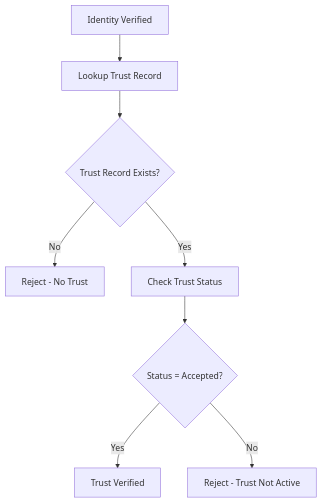
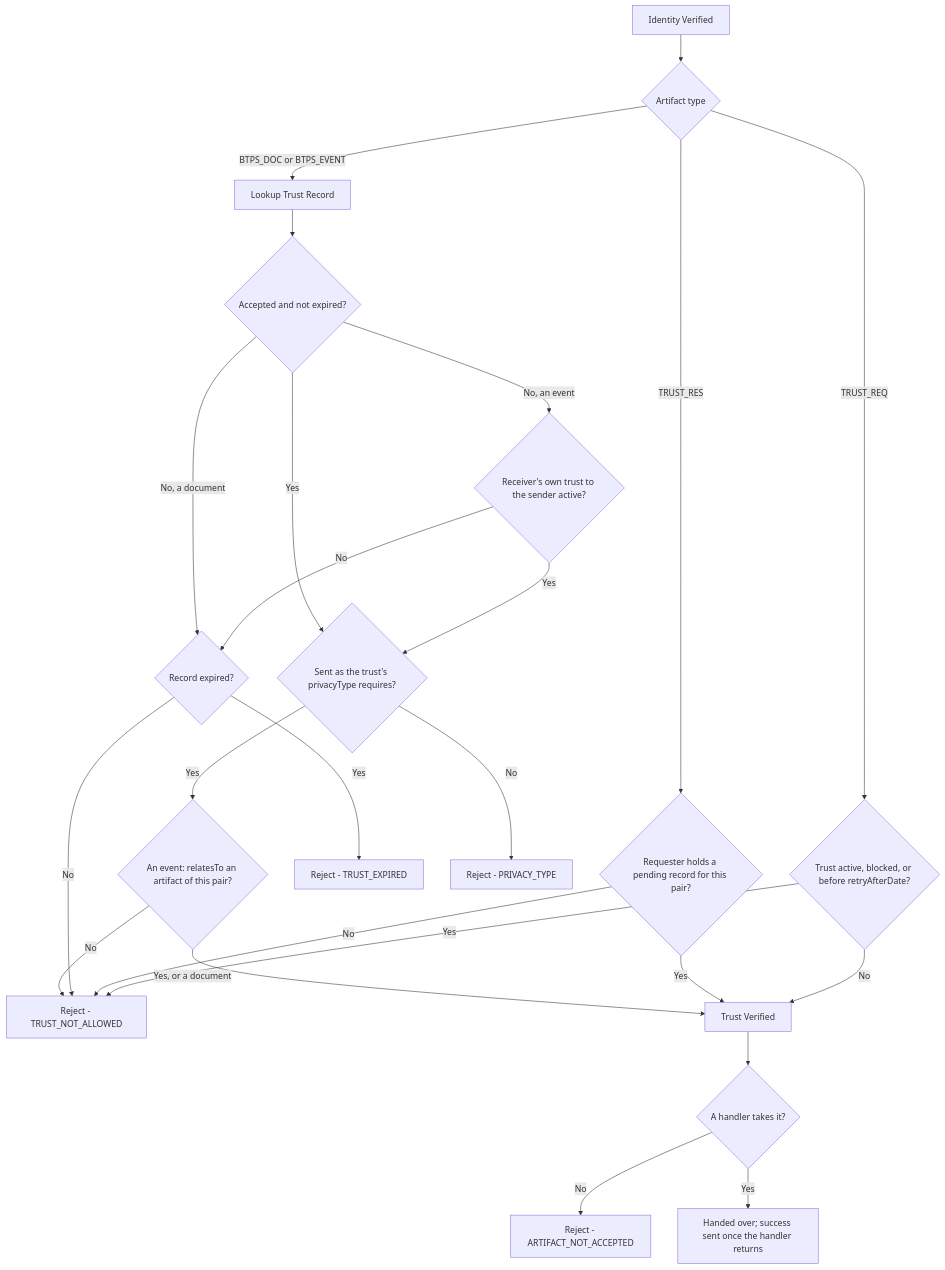
The sixth of 7 diagrams in docs/docusaurus/docs/protocol/messageFlow.md (openbtps/btps-node), drawn with Mermaid before and after one commit. The commit also changed other lines of this file and 26 other files, not shown here.

First line of the commit message:
Docs: bring every diagram in line with 1.1

````diff
--- a/docs/docusaurus/docs/protocol/messageFlow.md
+++ b/docs/docusaurus/docs/protocol/messageFlow.md
@@ -273,10 +286,26 @@
 ```mermaid
 graph TD
-    A[Identity Verified] --> B[Lookup Trust Record]
-    B --> C{Trust Record Exists?}
-    C -->|No| D[Reject - No Trust]
-    C -->|Yes| E[Check Trust Status]
-    E --> F{Status = Accepted?}
-    F -->|Yes| G[Trust Verified]
-    F -->|No| H[Reject - Trust Not Active]
+    A[Identity Verified] --> T{Artifact type}
+    T -->|TRUST_REQ| R1{Trust active, blocked, or before retryAfterDate?}
+    R1 -->|Yes| H[Reject - TRUST_NOT_ALLOWED]
+    R1 -->|No| G[Trust Verified]
+    T -->|TRUST_RES| S1{Requester holds a pending record for this pair?}
+    S1 -->|No| H
+    S1 -->|Yes| G
+    T -->|BTPS_DOC or BTPS_EVENT| B[Lookup Trust Record]
+    B --> F{Accepted and not expired?}
+    F -->|No, an event| E1{Receiver's own trust to the sender active?}
+    E1 -->|Yes| P
+    E1 -->|No| RF{Record expired?}
+    F -->|No, a document| RF
+    RF -->|Yes| X[Reject - TRUST_EXPIRED]
+    RF -->|No| H
+    F -->|Yes| P{Sent as the trust's privacyType requires?}
+    P -->|No| PX[Reject - PRIVACY_TYPE]
+    P -->|Yes| EV{An event: relatesTo an artifact of this pair?}
+    EV -->|No| H
+    EV -->|Yes, or a document| G
+    G --> HD{A handler takes it?}
+    HD -->|No| NA[Reject - ARTIFACT_NOT_ACCEPTED]
+    HD -->|Yes| OK[Handed over; success sent once the handler returns]
 ```
````
